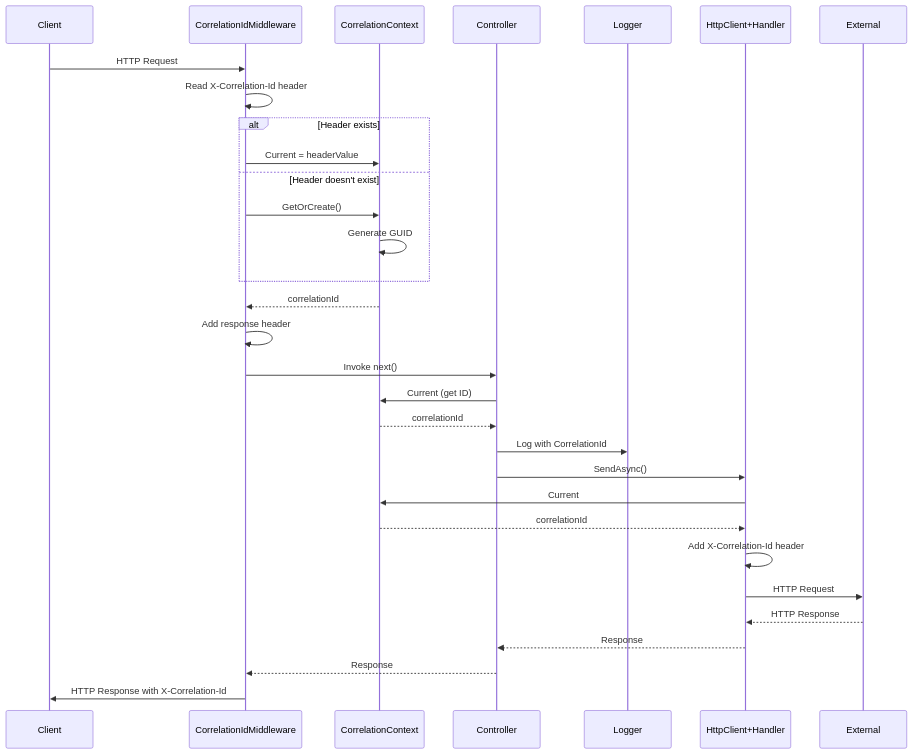
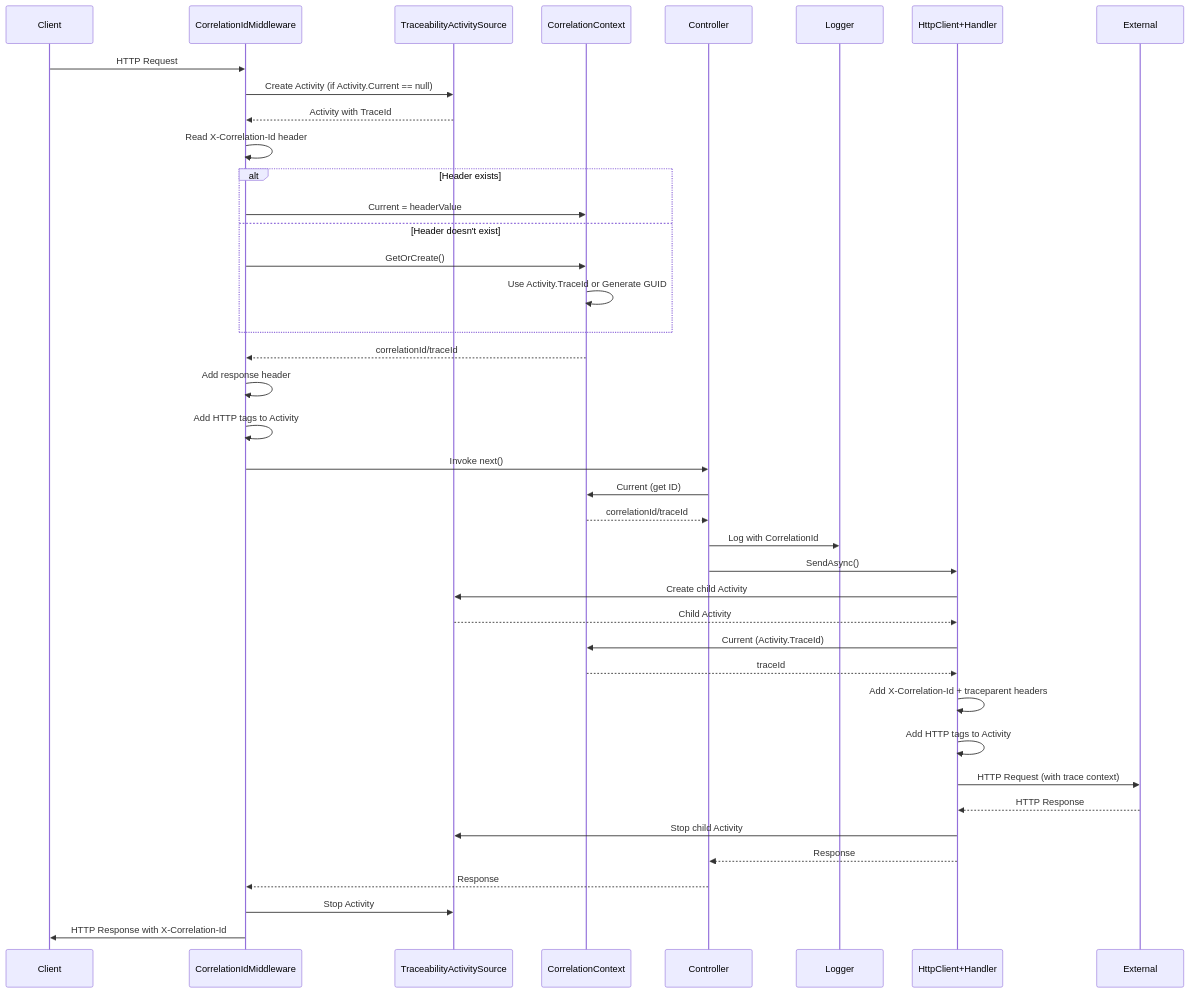
The third of 8 diagrams in docs/agents/architecture.md (whitebeardit/traceability), drawn with Mermaid before and after one commit. The commit also changed other lines of this file and 23 other files, not shown here.

````diff
--- a/docs/agents/architecture.md
+++ b/docs/agents/architecture.md
@@ -79,34 +91,43 @@
 ```mermaid
 sequenceDiagram
     participant Client
     participant Middleware as CorrelationIdMiddleware
+    participant ActivitySource as TraceabilityActivitySource
     participant Context as CorrelationContext
     participant Controller
     participant Logger
     participant HttpClient as HttpClient+Handler
     participant External
 
     Client->>Middleware: HTTP Request
+    Middleware->>ActivitySource: Create Activity (if Activity.Current == null)
+    ActivitySource-->>Middleware: Activity with TraceId
     Middleware->>Middleware: Read X-Correlation-Id header
     alt Header exists
         Middleware->>Context: Current = headerValue
     else Header doesn't exist
         Middleware->>Context: GetOrCreate()
-        Context->>Context: Generate GUID
+        Context->>Context: Use Activity.TraceId or Generate GUID
     end
-    Context-->>Middleware: correlationId
+    Context-->>Middleware: correlationId/traceId
     Middleware->>Middleware: Add response header
+    Middleware->>Middleware: Add HTTP tags to Activity
     Middleware->>Controller: Invoke next()
     Controller->>Context: Current (get ID)
-    Context-->>Controller: correlationId
+    Context-->>Controller: correlationId/traceId
     Controller->>Logger: Log with CorrelationId
     Controller->>HttpClient: SendAsync()
-    HttpClient->>Context: Current
-    Context-->>HttpClient: correlationId
-    HttpClient->>HttpClient: Add X-Correlation-Id header
-    HttpClient->>External: HTTP Request
+    HttpClient->>ActivitySource: Create child Activity
+    ActivitySource-->>HttpClient: Child Activity
+    HttpClient->>Context: Current (Activity.TraceId)
+    Context-->>HttpClient: traceId
+    HttpClient->>HttpClient: Add X-Correlation-Id + traceparent headers
+    HttpClient->>HttpClient: Add HTTP tags to Activity
+    HttpClient->>External: HTTP Request (with trace context)
     External-->>HttpClient: HTTP Response
+    HttpClient->>ActivitySource: Stop child Activity
     HttpClient-->>Controller: Response
     Controller-->>Middleware: Response
+    Middleware->>ActivitySource: Stop Activity
     Middleware->>Client: HTTP Response with X-Correlation-Id
 ```
````
